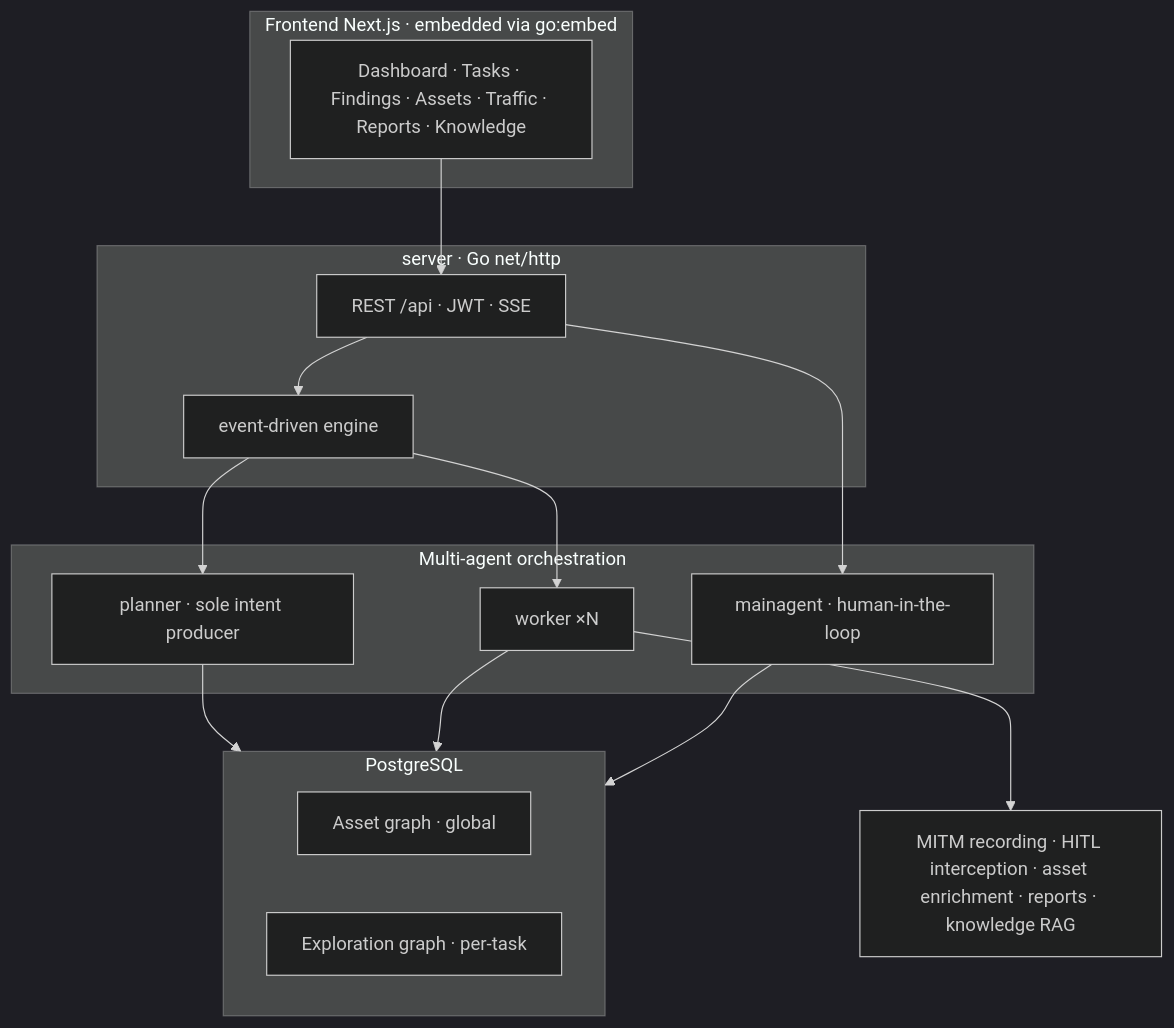
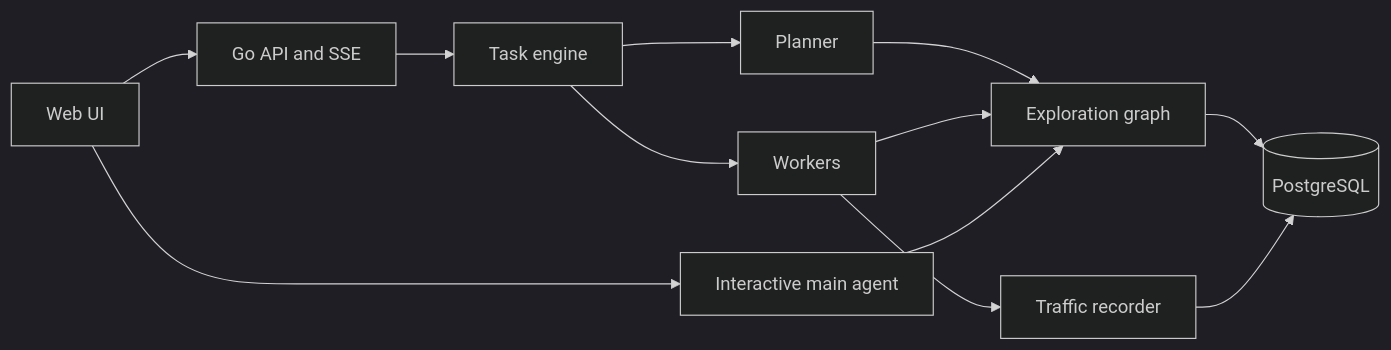
One commit to ChathurangaBW/antifox changed the diagram in README.md. Above: the diagram before and after it, drawn with Mermaid (dark theme). The commit also changed other lines of this file and 4 other files, not shown here.

````diff
--- a/README.md
+++ b/README.md
@@ -134,25 +104,14 @@
 ```mermaid
-flowchart TB
-  subgraph FE[Frontend Next.js · embedded via go:embed]
-    UI[Dashboard · Tasks · Findings · Assets · Traffic · Reports · Knowledge]
-  end
-  subgraph SRV[server · Go net/http]
-    API[REST /api · JWT · SSE]
-    ENG[event-driven engine]
-  end
-  subgraph AG[Multi-agent orchestration]
-    PL[planner · sole intent producer]
-    WK[worker ×N]
-    MA[mainagent · human-in-the-loop]
-  end
-  subgraph DB[PostgreSQL]
-    AGRAPH[Asset graph · global]
-    EGRAPH[Exploration graph · per-task]
-  end
-  SUB[MITM recording · HITL interception · asset enrichment · reports · knowledge RAG]
-
-  UI --> API --> ENG --> PL & WK
-  API --> MA
-  PL & WK & MA --> DB
-  WK --> SUB
+flowchart LR
+  UI[Web UI] --> API[Go API and SSE]
+  API --> Engine[Task engine]
+  Engine --> Planner[Planner]
+  Engine --> Workers[Workers]
+  UI --> Main[Interactive main agent]
+  Planner --> Graph[Exploration graph]
+  Workers --> Graph
+  Main --> Graph
+  Graph --> DB[(PostgreSQL)]
+  Workers --> Traffic[Traffic recorder]
+  Traffic --> DB
 ```
````
